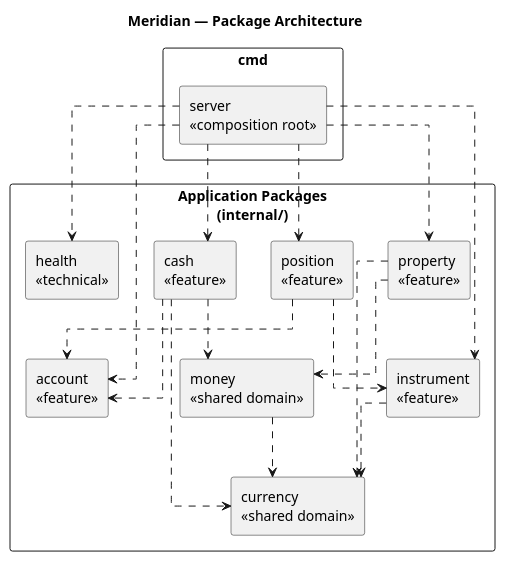
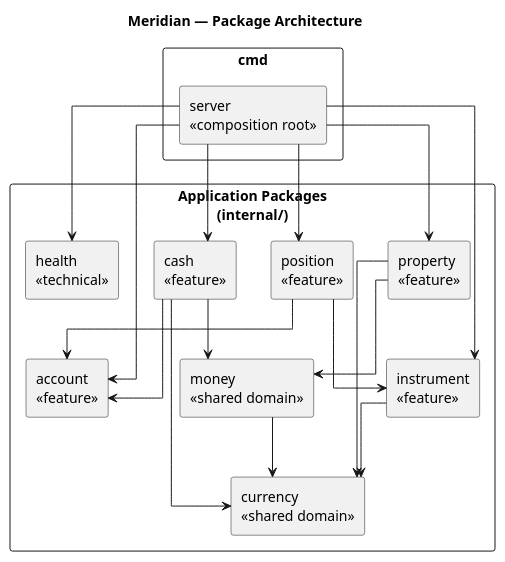
Before and after one commit to mgwinsor/meridian: the diagram in docs/backend_architecture.puml, drawn with PlantUML.

Commit message:
docs: udpate architecture diagram

```diff
--- a/docs/backend_architecture.puml
+++ b/docs/backend_architecture.puml
@@ -1,47 +1,47 @@
 @startuml
 
 title Meridian — Package Architecture
 
 skinparam componentStyle rectangle
 skinparam packageStyle rectangle
 skinparam linetype ortho
 
 package "cmd" {
     component "server\n<<composition root>>" as Server
 }
 
 package "Application Packages\n(internal/)" {
     component "account\n<<feature>>" as Account
     component "cash\n<<feature>>" as Cash
     component "property\n<<feature>>" as Property
     component "instrument\n<<feature>>" as Instrument
     component "position\n<<feature>>" as Position
     component "money\n<<shared domain>>" as Money
     component "currency\n<<shared domain>>" as Currency
     component "health\n<<technical>>" as Health
 }
 
 ' Composition root
-Server ..> Account
-Server ..> Cash
-Server ..> Health
-Server ..> Property
-Server ..> Instrument
-Server ..> Position
+Server --> Account
+Server --> Cash
+Server --> Health
+Server --> Property
+Server --> Instrument
+Server --> Position
 
 ' Internal package dependencies
-Cash ..> Account
-Cash ..> Money
-Cash ..> Currency
+Cash --> Account
+Cash --> Money
+Cash --> Currency
 
-Property ..> Money
-Property ..> Currency
+Property --> Money
+Property --> Currency
 
-Money ..> Currency
+Money --> Currency
 
-Instrument ..> Currency
+Instrument --> Currency
 
-Position ..> Account
-Position ..> Instrument
+Position --> Account
+Position --> Instrument
 
 @enduml
```
